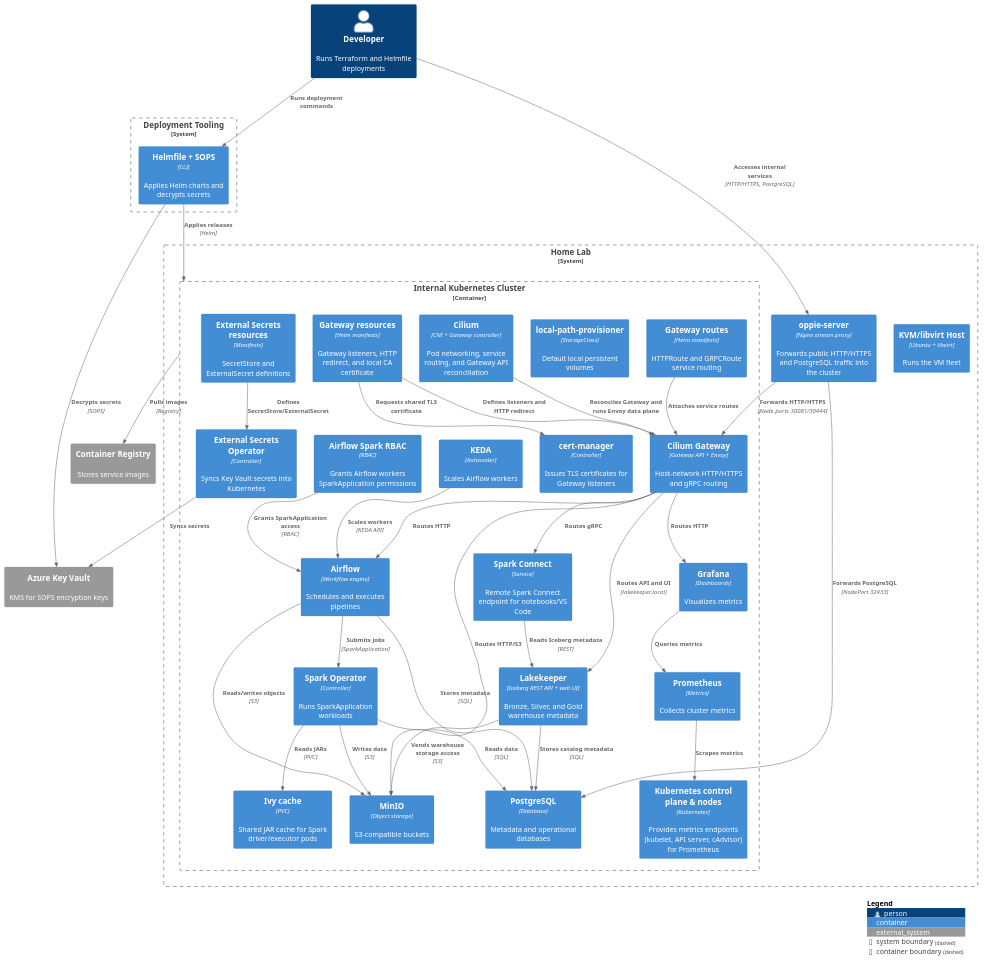
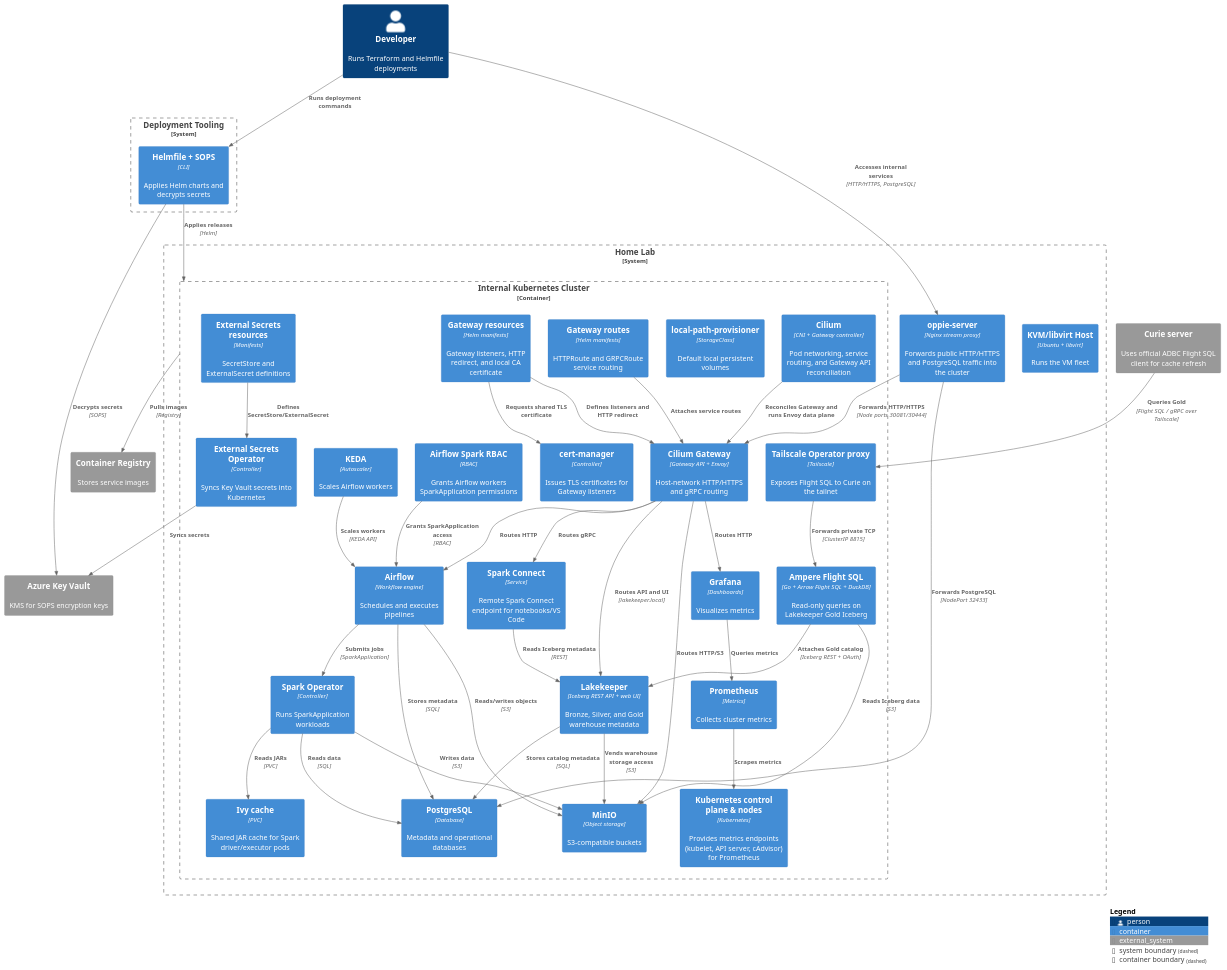
The diagram in docs/diagrams/Internal-Cluster-Containers.puml (AntonMiniazev/bohr_project), drawn with PlantUML before and after one commit. The commit also changed 28 other files, not shown here.

Commit message:
feat(flight-sql): publish Tailscale service and image

```diff
--- a/docs/diagrams/Internal-Cluster-Containers.puml
+++ b/docs/diagrams/Internal-Cluster-Containers.puml
@@ -1,76 +1,83 @@
 @startuml Internal-Cluster-Containers
 !includeurl https://raw.githubusercontent.com/plantuml-stdlib/C4-PlantUML/master/C4_Container.puml
 LAYOUT_WITH_LEGEND()
 HIDE_STEREOTYPE()
 
 Person(dev, "Developer", "Runs Terraform and Helmfile deployments")
 
 System_Ext(keyvault, "Azure Key Vault", "KMS for SOPS encryption keys")
 System_Ext(registry, "Container Registry", "Stores service images")
+System_Ext(curie, "Curie server", "Uses official ADBC Flight SQL client for cache refresh")
 
 System_Boundary(tooling, "Deployment Tooling") {
     Container(helmfile, "Helmfile + SOPS", "CLI", "Applies Helm charts and decrypts secrets")
 }
 
 System_Boundary(home, "Home Lab") {
     Container(kvmhost, "KVM/libvirt Host", "Ubuntu + libvirt", "Runs the VM fleet")
     Container(oppie, "oppie-server", "Nginx stream proxy", "Forwards public HTTP/HTTPS and PostgreSQL traffic into the cluster")
 
     Container_Boundary(cluster, "Internal Kubernetes Cluster") {
+        Container(tailscale, "Tailscale Operator proxy", "Tailscale", "Exposes Flight SQL to Curie on the tailnet")
         Container(cilium, "Cilium", "CNI + Gateway controller", "Pod networking, service routing, and Gateway API reconciliation")
         Container(localpath, "local-path-provisioner", "StorageClass", "Default local persistent volumes")
         Container(certmanager, "cert-manager", "Controller", "Issues TLS certificates for Gateway listeners")
         Container(gateway, "Cilium Gateway", "Gateway API + Envoy", "Host-network HTTP/HTTPS and gRPC routing")
         Container(gatewayResources, "Gateway resources", "Helm manifests", "Gateway listeners, HTTP redirect, and local CA certificate")
         Container(gatewayRoutes, "Gateway routes", "Helm manifests", "HTTPRoute and GRPCRoute service routing")
         Container(externalSecrets, "External Secrets Operator", "Controller", "Syncs Key Vault secrets into Kubernetes")
         Container(externalSecretsResources, "External Secrets resources", "Manifests", "SecretStore and ExternalSecret definitions")
         Container(postgres, "PostgreSQL", "Database", "Metadata and operational databases")
         Container(minio, "MinIO", "Object storage", "S3-compatible buckets")
         Container(airflow, "Airflow", "Workflow engine", "Schedules and executes pipelines")
         Container(spark, "Spark Operator", "Controller", "Runs SparkApplication workloads")
         Container(sparkconnect, "Spark Connect", "Service", "Remote Spark Connect endpoint for notebooks/VS Code")
         Container(airflowSparkRbac, "Airflow Spark RBAC", "RBAC", "Grants Airflow workers SparkApplication permissions")
         Container(ivyCache, "Ivy cache", "PVC", "Shared JAR cache for Spark driver/executor pods")
         Container(lakekeeper, "Lakekeeper", "Iceberg REST API + web UI", "Bronze, Silver, and Gold warehouse metadata")
+        Container(flightSql, "Ampere Flight SQL", "Go + Arrow Flight SQL + DuckDB", "Read-only queries on Lakekeeper Gold Iceberg")
         Container(kubecontrol, "Kubernetes control plane & nodes", "Kubernetes", "Provides metrics endpoints (kubelet, API server, cAdvisor) for Prometheus")
         Container(prometheus, "Prometheus", "Metrics", "Collects cluster metrics")
         Container(grafana, "Grafana", "Dashboards", "Visualizes metrics")
         Container(keda, "KEDA", "Autoscaler", "Scales Airflow workers")
     }
 }
 
 Rel(dev, helmfile, "Runs deployment commands")
 Rel(helmfile, cluster, "Applies releases", "Helm")
 Rel(helmfile, keyvault, "Decrypts secrets", "SOPS")
 Rel(externalSecrets, keyvault, "Syncs secrets")
 Rel(externalSecretsResources, externalSecrets, "Defines SecretStore/ExternalSecret")
 Rel(dev, oppie, "Accesses internal services", "HTTP/HTTPS, PostgreSQL")
 Rel(oppie, gateway, "Forwards HTTP/HTTPS", "Node ports 30081/30444")
 Rel(oppie, postgres, "Forwards PostgreSQL", "NodePort 32433")
 Rel(gatewayResources, certmanager, "Requests shared TLS certificate")
 Rel(gatewayResources, gateway, "Defines listeners and HTTP redirect")
 Rel(gatewayRoutes, gateway, "Attaches service routes")
 Rel(cilium, gateway, "Reconciles Gateway and runs Envoy data plane")
 Rel(gateway, airflow, "Routes HTTP")
 Rel(gateway, minio, "Routes HTTP/S3")
 Rel(gateway, sparkconnect, "Routes gRPC")
 Rel(gateway, lakekeeper, "Routes API and UI", "lakekeeper.local")
 Rel(gateway, grafana, "Routes HTTP")
 Rel(cluster, registry, "Pulls images", "Registry")
 Rel(airflow, postgres, "Stores metadata", "SQL")
 Rel(airflow, minio, "Reads/writes objects", "S3")
 Rel(airflow, spark, "Submits jobs", "SparkApplication")
 Rel(airflowSparkRbac, airflow, "Grants SparkApplication access", "RBAC")
 Rel(spark, postgres, "Reads data", "SQL")
 Rel(spark, minio, "Writes data", "S3")
 Rel(spark, ivyCache, "Reads JARs", "PVC")
 Rel(lakekeeper, postgres, "Stores catalog metadata", "SQL")
 Rel(lakekeeper, minio, "Vends warehouse storage access", "S3")
+Rel(curie, tailscale, "Queries Gold", "Flight SQL / gRPC over Tailscale")
+Rel(tailscale, flightSql, "Forwards private TCP", "ClusterIP 8815")
+Rel(flightSql, lakekeeper, "Attaches Gold catalog", "Iceberg REST + OAuth")
+Rel(flightSql, minio, "Reads Iceberg data", "S3")
 Rel(sparkconnect, lakekeeper, "Reads Iceberg metadata", "REST")
 Rel(prometheus, kubecontrol, "Scrapes metrics")
 Rel(grafana, prometheus, "Queries metrics")
 Rel(keda, airflow, "Scales workers", "KEDA API")
 
 SHOW_LEGEND()
 @enduml
```
